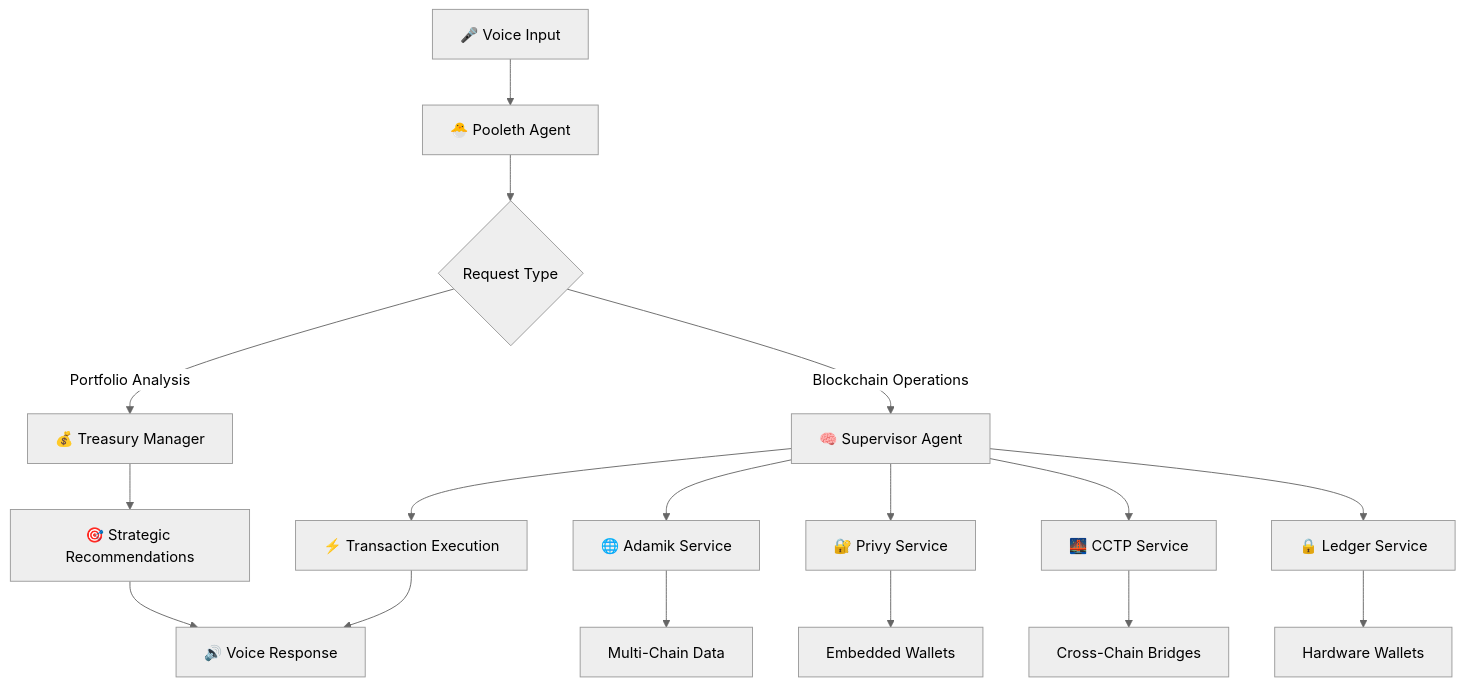
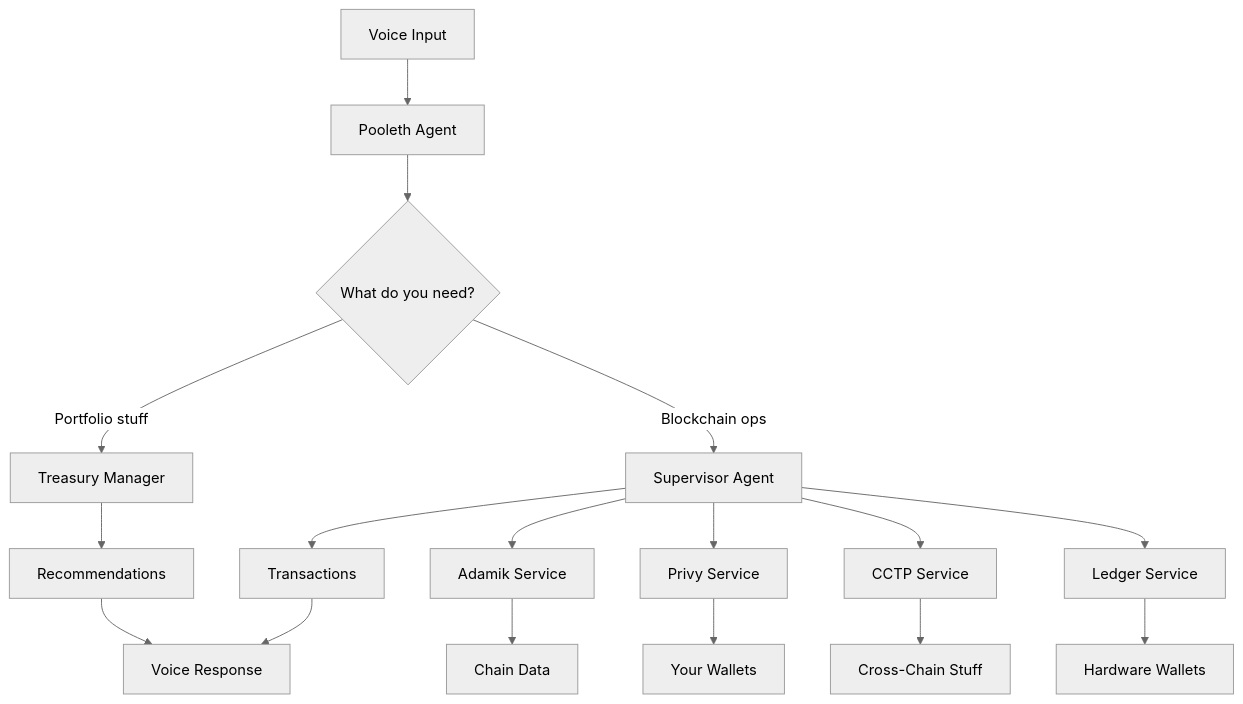
The diagram in README.md (AdamikHQ/adamik-pooleth), drawn with Mermaid (neutral theme) before and after one commit. The commit also changed other lines of this file, not shown here.

````diff
--- a/README.md
+++ b/README.md
@@ -33,24 +33,24 @@
 ```mermaid
 graph TD
-    A[🎤 Voice Input] --> B[🐣 Pooleth Agent]
-    B --> C{Request Type}
+    A[Voice Input] --> B[Pooleth Agent]
+    B --> C{What do you need?}
 
-    C -->|Portfolio Analysis| D[💰 Treasury Manager]
-    C -->|Blockchain Operations| E[🧠 Supervisor Agent]
+    C -->|Portfolio stuff| D[Treasury Manager]
+    C -->|Blockchain ops| E[Supervisor Agent]
 
-    E --> F[🌐 Adamik Service]
-    E --> G[🔐 Privy Service]
-    E --> H[🌉 CCTP Service]
-    E --> I[🔒 Ledger Service]
+    E --> F[Adamik Service]
+    E --> G[Privy Service]
+    E --> H[CCTP Service]
+    E --> I[Ledger Service]
 
-    F --> J[Multi-Chain Data]
-    G --> K[Embedded Wallets]
-    H --> L[Cross-Chain Bridges]
+    F --> J[Chain Data]
+    G --> K[Your Wallets]
+    H --> L[Cross-Chain Stuff]
     I --> M[Hardware Wallets]
 
-    D --> N[🎯 Strategic Recommendations]
-    E --> O[⚡ Transaction Execution]
+    D --> N[Recommendations]
+    E --> O[Transactions]
 
-    N --> P[🔊 Voice Response]
+    N --> P[Voice Response]
     O --> P
 ```
````
